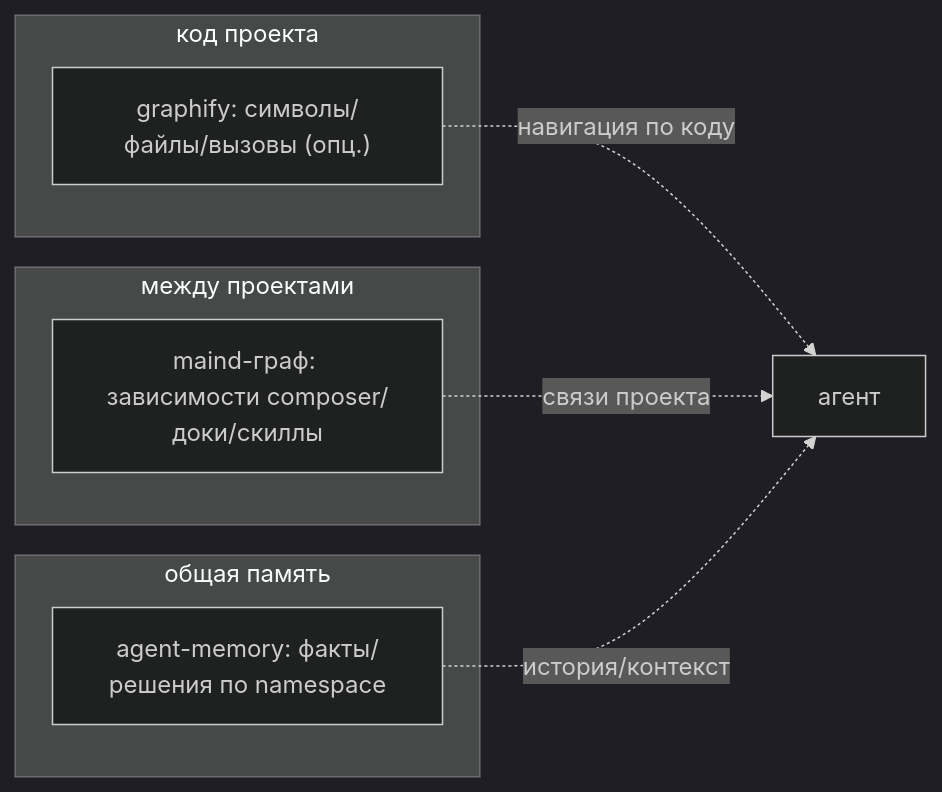
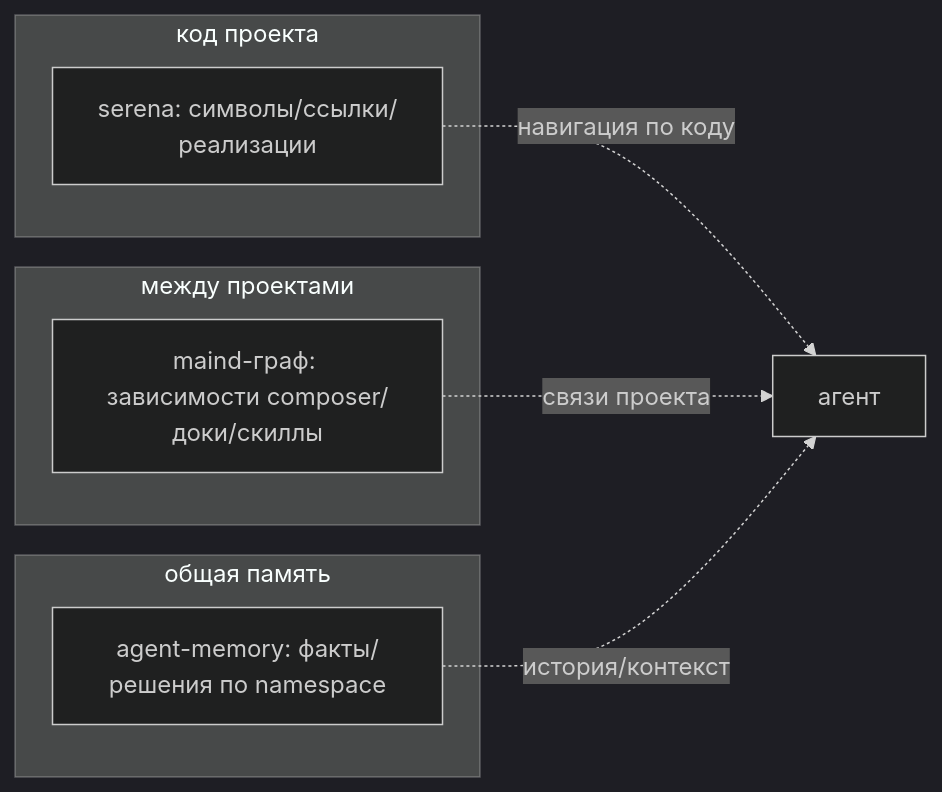
The third of 4 diagrams in docs/guide/how-it-works.md (academici/swissknifeman), drawn with Mermaid (dark theme) before and after one commit. The commit also changed other lines of this file and 10 other files, not shown here.

First line of the commit message:
feat(graphify): универсальный код-граф через Serena (oraios/serena) по умолчанию

````diff
--- a/docs/guide/how-it-works.md
+++ b/docs/guide/how-it-works.md
@@ -70,15 +70,15 @@
 ```mermaid
 flowchart LR
   subgraph code["код проекта"]
-    GFY["graphify: символы/файлы/вызовы (опц.)"]
+    GFY["serena: символы/ссылки/реализации"]
   end
   subgraph topo["между проектами"]
     MG["maind-граф: зависимости composer/доки/скиллы"]
   end
   subgraph mem["общая память"]
     AM["agent-memory: факты/решения по namespace"]
   end
   GFY -. "навигация по коду" .-> DEV["агент"]
   MG -. "связи проекта" .-> DEV
   AM -. "история/контекст" .-> DEV
 ```
````
